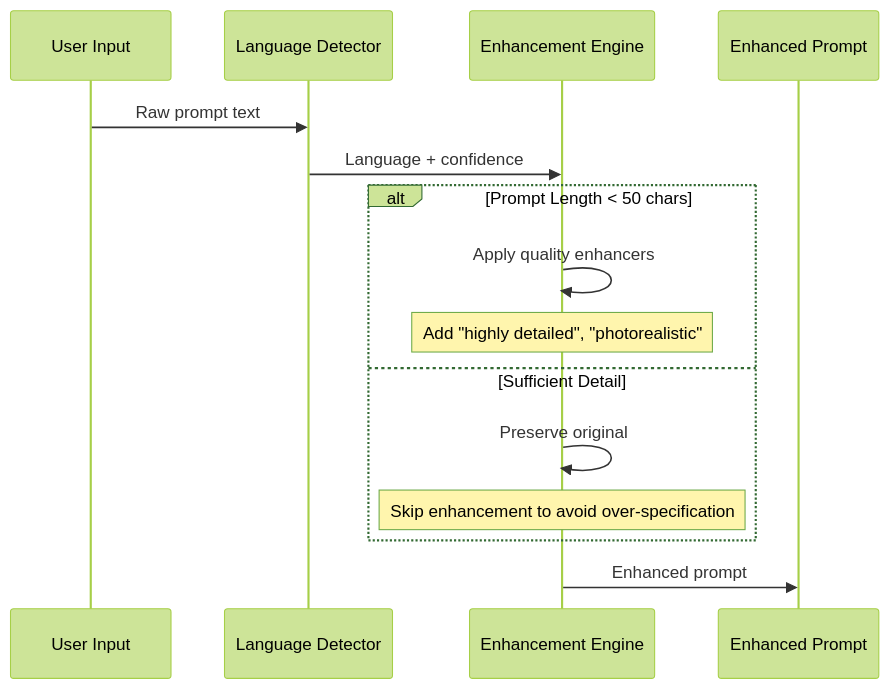
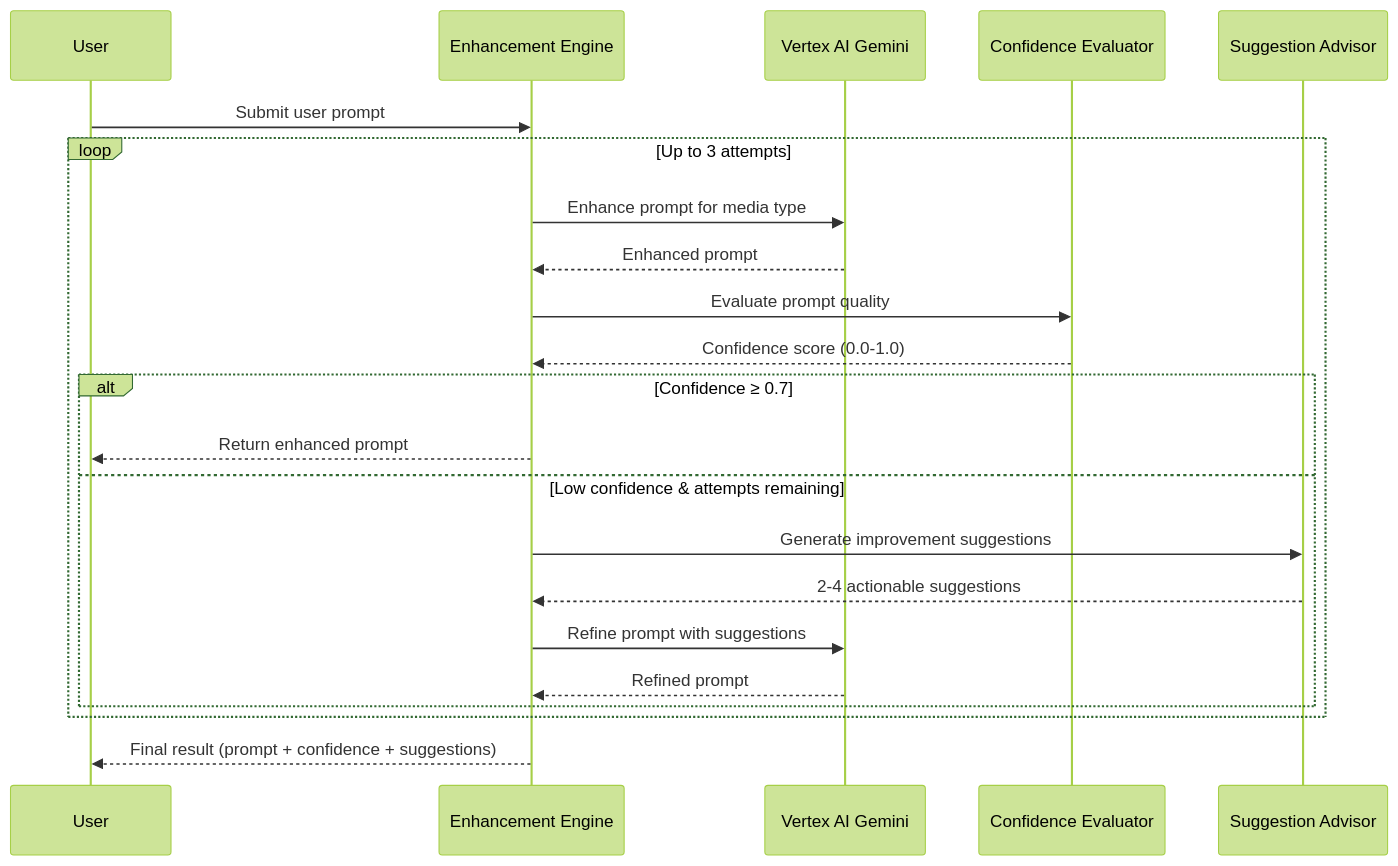
One commit to ryoshumei/what-if-ver-zenn-hackathon changed the second of 7 diagrams in docs/prompt-enhancement-analysis.md. Above: the diagram before and after it, drawn with Mermaid (forest theme). The commit also changed other lines of this file and 1 other file, not shown here.

````diff
--- a/docs/prompt-enhancement-analysis.md
+++ b/docs/prompt-enhancement-analysis.md
@@ -103,20 +71,28 @@
 ```mermaid
 sequenceDiagram
-    participant Input as User Input
-    participant Detector as Language Detector
-    participant Enhancer as Enhancement Engine
-    participant Output as Enhanced Prompt
+    participant User
+    participant Engine as Enhancement Engine
+    participant LLM as Vertex AI Gemini
+    participant Evaluator as Confidence Evaluator
+    participant Advisor as Suggestion Advisor
 
-    Input->>Detector: Raw prompt text
-    Detector->>Enhancer: Language + confidence
+    User->>Engine: Submit user prompt
 
-    alt Prompt Length < 50 chars
-        Enhancer->>Enhancer: Apply quality enhancers
-        Note over Enhancer: Add "highly detailed", "photorealistic"
-    else Sufficient Detail
-        Enhancer->>Enhancer: Preserve original
-        Note over Enhancer: Skip enhancement to avoid over-specification
+    loop Up to 3 attempts
+        Engine->>LLM: Enhance prompt for media type
+        LLM-->>Engine: Enhanced prompt
+        Engine->>Evaluator: Evaluate prompt quality
+        Evaluator-->>Engine: Confidence score (0.0-1.0)
+
+        alt Confidence ≥ 0.7
+            Engine-->>User: Return enhanced prompt
+        else Low confidence & attempts remaining
+            Engine->>Advisor: Generate improvement suggestions
+            Advisor-->>Engine: 2-4 actionable suggestions
+            Engine->>LLM: Refine prompt with suggestions
+            LLM-->>Engine: Refined prompt
+        end
     end
 
-    Enhancer->>Output: Enhanced prompt
+    Engine-->>User: Final result (prompt + confidence + suggestions)
 ```
````
